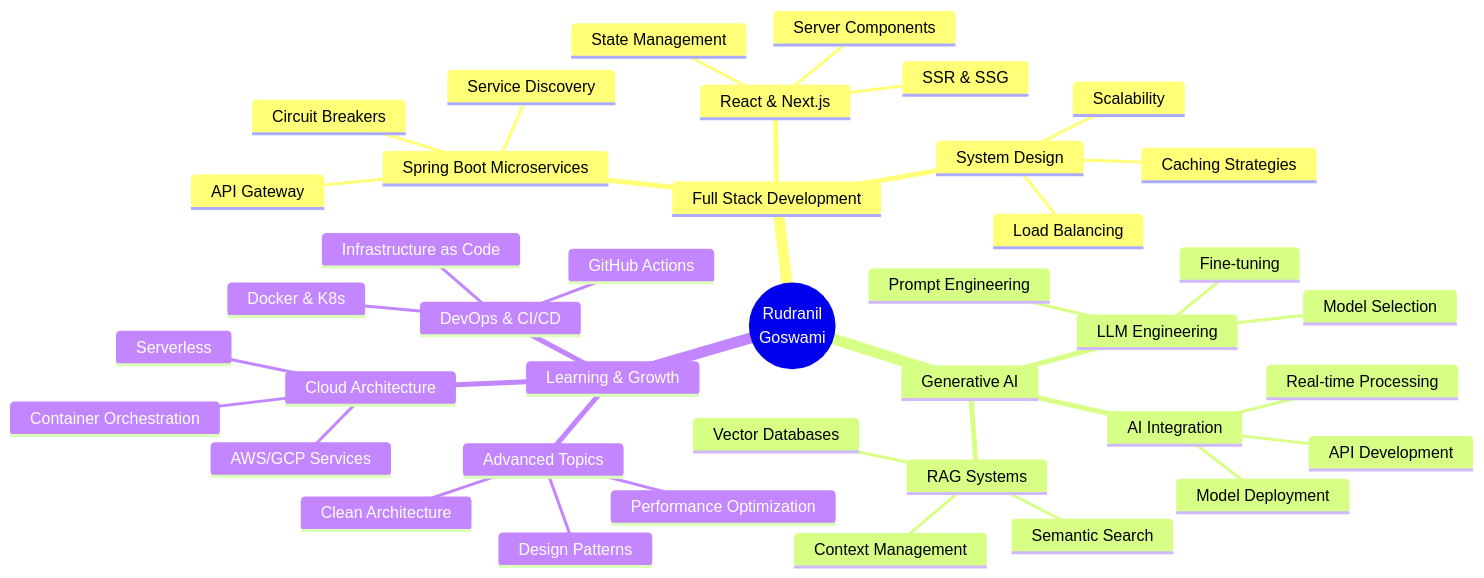
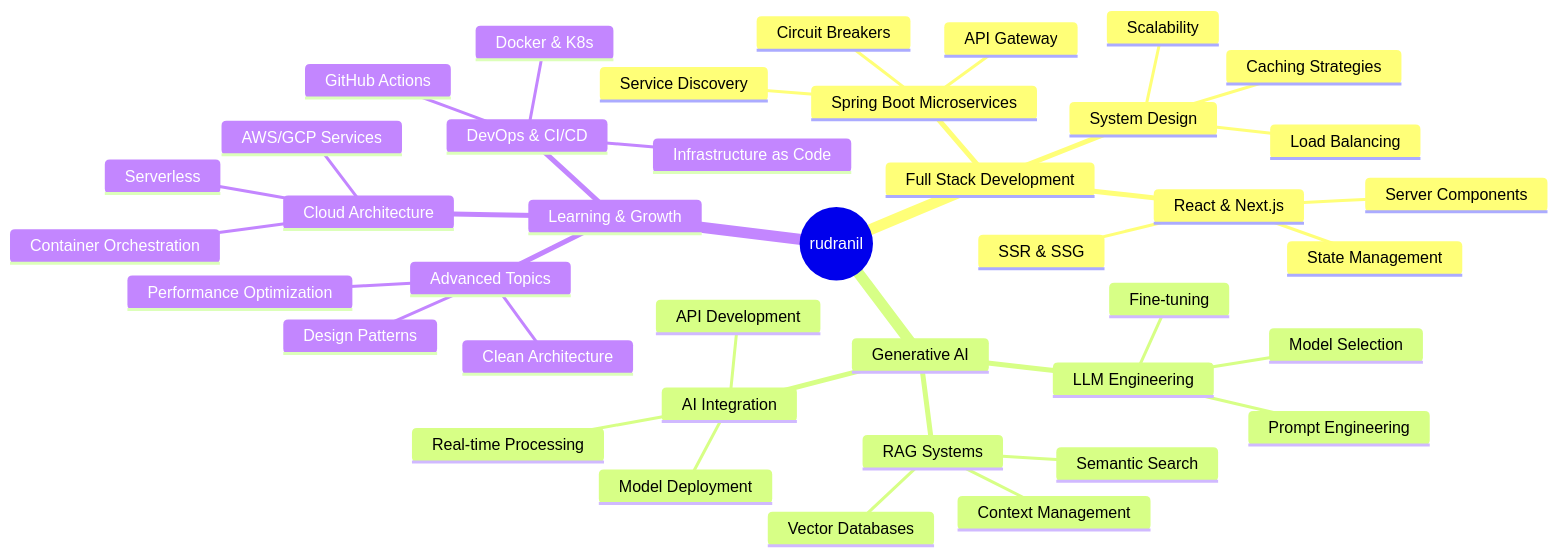
Before and after one commit to rudra00434/rudra00434: the second of 3 diagrams in README.md, drawn with Mermaid. The commit also changed other lines of this file, not shown here.

````diff
--- a/README.md
+++ b/README.md
@@ -385,43 +336,43 @@
 ```mermaid
 mindmap
-  root((Rudranil<br/>Goswami))
+  root((rudranil))
     Full Stack Development
       Spring Boot Microservices
         API Gateway
         Service Discovery
         Circuit Breakers
       React & Next.js
         Server Components
         SSR & SSG
         State Management
       System Design
         Scalability
         Load Balancing
         Caching Strategies
     Generative AI
       LLM Engineering
         Prompt Engineering
         Fine-tuning
         Model Selection
       RAG Systems
         Vector Databases
         Semantic Search
         Context Management
       AI Integration
         API Development
         Real-time Processing
         Model Deployment
     Learning & Growth
       Cloud Architecture
         AWS/GCP Services
         Serverless
         Container Orchestration
       DevOps & CI/CD
         Docker & K8s
         GitHub Actions
         Infrastructure as Code
       Advanced Topics
         Design Patterns
         Clean Architecture
         Performance Optimization
 ```
````
